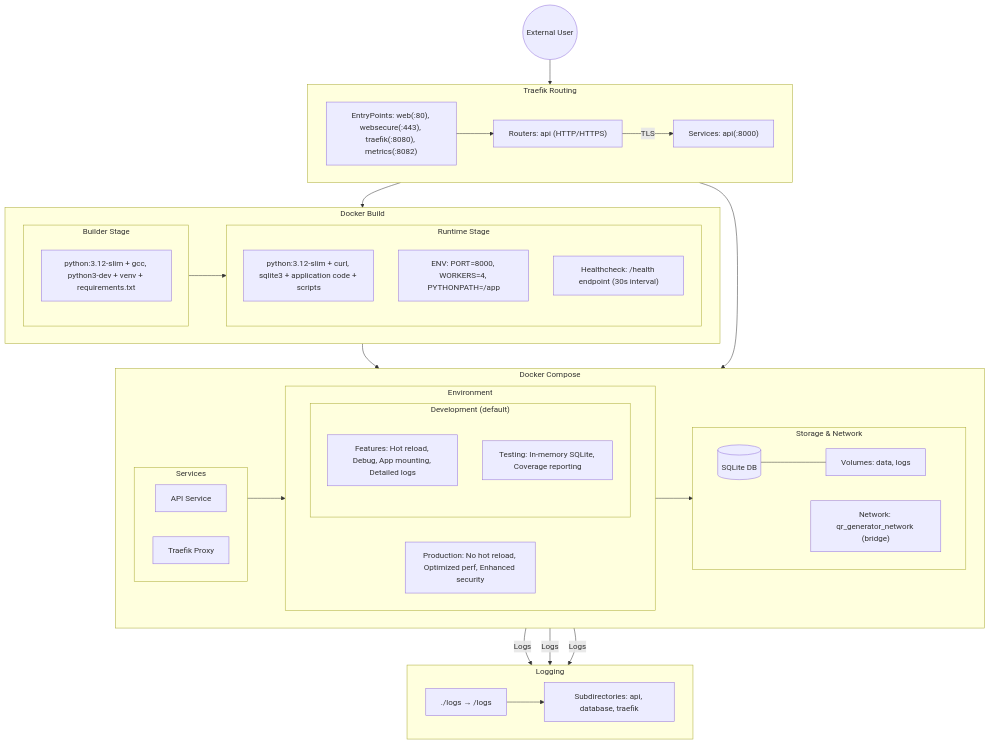
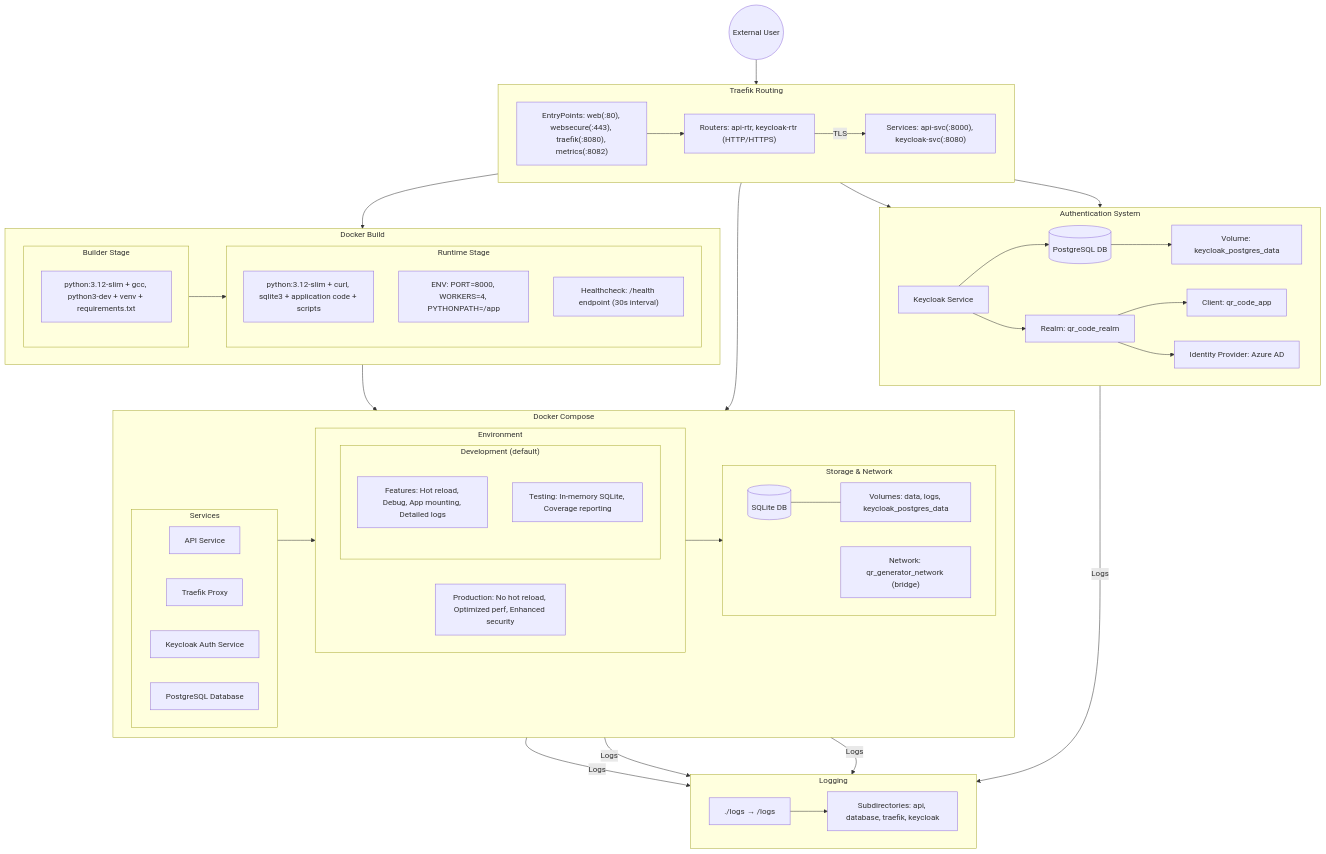
Before and after one commit to gsinghjay/mvp_qr_gen: the diagram in INFRASTRUCTURE.md, drawn with Mermaid. The commit also changed other lines of this file, not shown here.

Commit message:
docs(infra): update infrastructure documentation with Keycloak integration

````diff
--- a/INFRASTRUCTURE.md
+++ b/INFRASTRUCTURE.md
@@ -3,68 +3,81 @@
 ```mermaid
 flowchart TD
     %% External Users/Systems
     USER((External User)) --> ENTRY
     
     subgraph traefik["Traefik Routing"]
         direction LR
         ENTRY["EntryPoints: web(:80), websecure(:443), traefik(:8080), metrics(:8082)"]
-        ROUTERS["Routers: api (HTTP/HTTPS)"]
-        SERVICES["Services: api(:8000)"]
+        ROUTERS["Routers: api-rtr, keycloak-rtr (HTTP/HTTPS)"]
+        SERVICES["Services: api-svc(:8000), keycloak-svc(:8080)"]
         ENTRY --> ROUTERS --> |"TLS"| SERVICES
     end
     
     traefik --> dockerfile
+    traefik --> keycloak
+
+    subgraph keycloak["Authentication System"]
+        direction LR
+        KC["Keycloak Service"] --> KC_DB[("PostgreSQL DB")]
+        KC_DB --> KC_VOL["Volume: keycloak_postgres_data"]
+        KC --> KC_REALM["Realm: qr_code_realm"]
+        KC_REALM --> KC_CLIENTS["Client: qr_code_app"]
+        KC_REALM --> KC_IDP["Identity Provider: Azure AD"]
+    end
 
     subgraph dockerfile["Docker Build"]
         direction LR
         subgraph builder["Builder Stage"]
             B["python:3.12-slim + gcc, python3-dev + venv + requirements.txt"]
         end
         
         subgraph runtime["Runtime Stage"]
             R["python:3.12-slim + curl, sqlite3 + application code + scripts"]
             ENV["ENV: PORT=8000, WORKERS=4, PYTHONPATH=/app"]
             HEALTH["Healthcheck: /health endpoint (30s interval)"]
         end
         
         builder --> runtime
     end
     
     dockerfile --> compose
     
     subgraph compose["Docker Compose"]
         direction LR
         subgraph services["Services"]
             API["API Service"] 
             PROXY["Traefik Proxy"]
+            AUTH["Keycloak Auth Service"]
+            POSTGRES["PostgreSQL Database"]
         end
         
         subgraph env["Environment"]
             direction LR
             subgraph DEV["Development (default)"]
                 DEV_FEATURES["Features: Hot reload, Debug, App mounting, Detailed logs"]
                 TEST_MODE["Testing: In-memory SQLite, Coverage reporting"]
             end
             
             PROD["Production: No hot reload, Optimized perf, Enhanced security"]
         end
         
         subgraph storage["Storage & Network"]
             direction LR
-            DB[("SQLite DB")] --- VOLUMES["Volumes: data, logs"]
+            DB[("SQLite DB")] --- VOLUMES["Volumes: data, logs, keycloak_postgres_data"]
             NET["Network: qr_generator_network (bridge)"]
         end
         
         services --> env --> storage
     end
     
     SERVICES --> API
+    SERVICES --> KC
     
     %% Logging Flow
     subgraph logs["Logging"]
         direction LR
         LOG_VOL["./logs → /logs"]
-        LOG_DIRS["Subdirectories: api, database, traefik"]
-        API & DB & PROXY -- "Logs" --> LOG_VOL --> LOG_DIRS
+        LOG_DIRS["Subdirectories: api, database, traefik, keycloak"]
+        API & DB & PROXY & KC -- "Logs" --> LOG_VOL --> LOG_DIRS
     end
 ```
````
